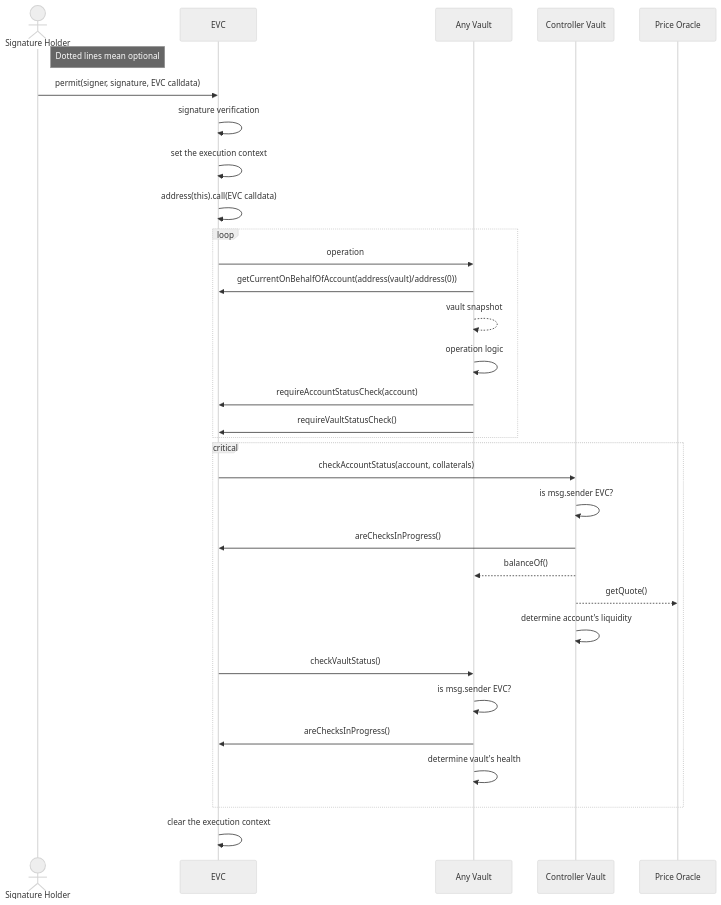
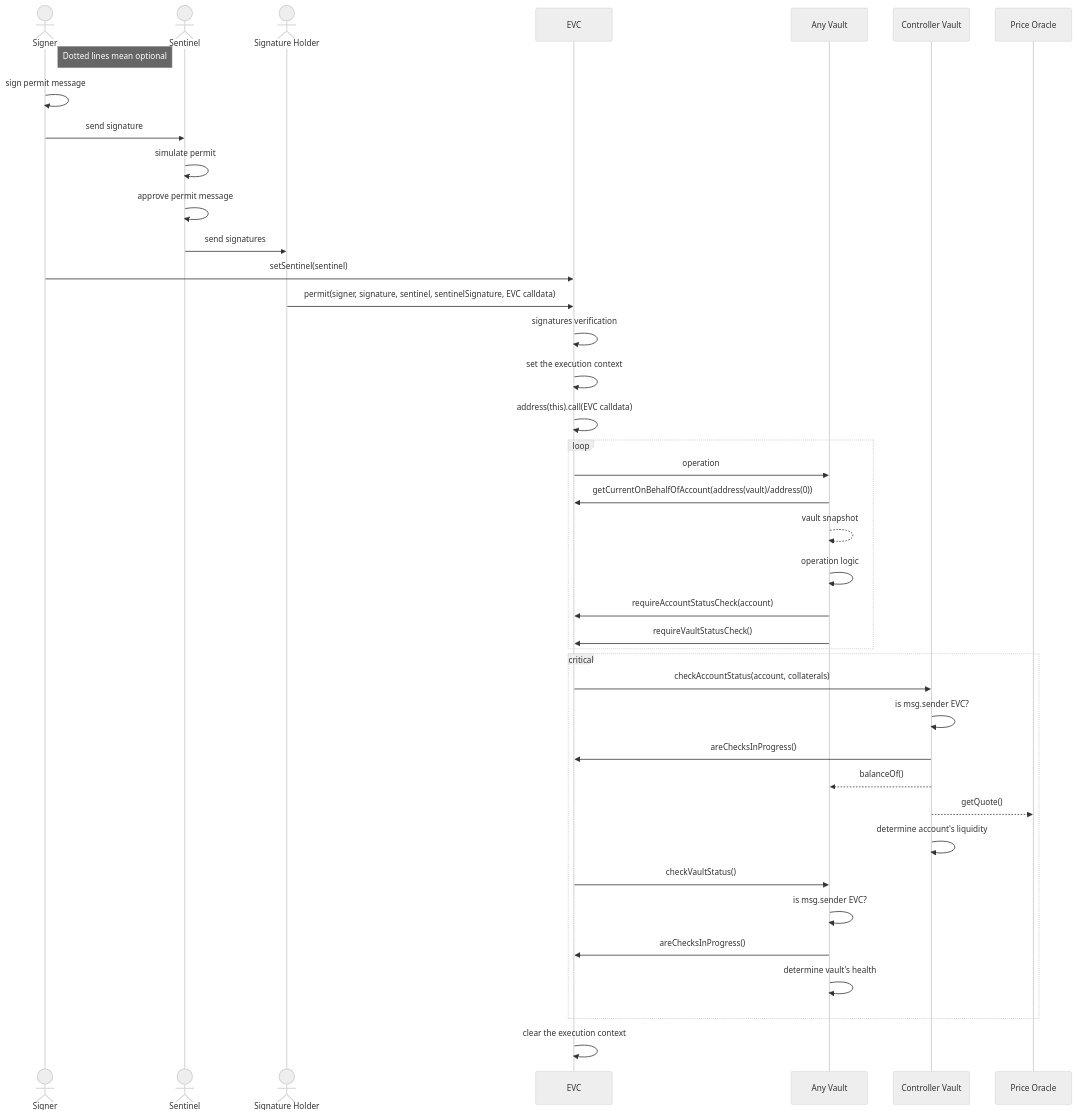
One commit to euler-xyz/ethereum-vault-connector changed the diagram in docs/diagrams/EVC Permit Vault Interaction Sequence.md. Above: the diagram before and after it, drawn with Mermaid (neutral theme). The commit also changed 6 other files, not shown here.

````diff
--- a/docs/diagrams/EVC Permit Vault Interaction Sequence.md
+++ b/docs/diagrams/EVC Permit Vault Interaction Sequence.md
@@ -1,39 +1,47 @@
 ```mermaid
 sequenceDiagram
+    actor Signer
+    Note right of Signer: Dotted lines mean optional
+    actor Sentinel
     actor Signature Holder
-    Note right of Signature Holder: Dotted lines mean optional
     participant EVC
     participant Any Vault
     participant Controller Vault
     participant Price Oracle
 
-    Signature Holder->>EVC: permit(signer, signature, EVC calldata)
-    EVC->>EVC: signature verification
+    Signer->>Signer: sign permit message
+    Signer->>Sentinel: send signature
+    Sentinel->>Sentinel: simulate permit
+    Sentinel->>Sentinel: approve permit message
+    Sentinel->>Signature Holder: send signatures
+    Signer->>EVC: setSentinel(sentinel)
+    Signature Holder->>EVC: permit(signer, signature, sentinel, sentinelSignature, EVC calldata)
+    EVC->>EVC: signatures verification
     EVC->>EVC: set the execution context
     EVC->>EVC: address(this).call(EVC calldata)
 
     loop 
         EVC->>Any Vault: operation
         Any Vault->>EVC: getCurrentOnBehalfOfAccount(address(vault)/address(0))
         Any Vault-->>Any Vault: vault snapshot
         Any Vault->>Any Vault: operation logic
         Any Vault->>EVC: requireAccountStatusCheck(account)
         Any Vault->>EVC: requireVaultStatusCheck()
     end
 
     critical
         EVC->>Controller Vault: checkAccountStatus(account, collaterals)
         Controller Vault->>Controller Vault: is msg.sender EVC?
         Controller Vault->>EVC: areChecksInProgress()
         Controller Vault-->>Any Vault: balanceOf()
         Controller Vault-->>Price Oracle: getQuote()
         Controller Vault->>Controller Vault: determine account's liquidity
 
         EVC->>Any Vault: checkVaultStatus()
         Any Vault->>Any Vault: is msg.sender EVC?
         Any Vault->>EVC: areChecksInProgress()
         Any Vault->>Any Vault: determine vault's health
     end
 
     EVC->>EVC: clear the execution context
 ```
````
